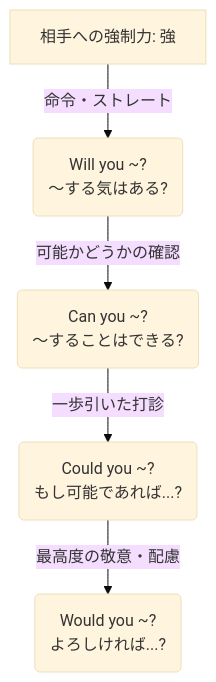
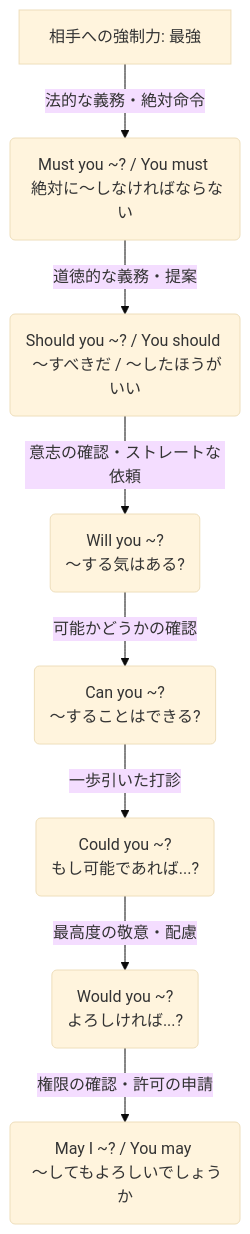
The diagram in grammar/summary_auxiliary.md (tkc310/learn-english), drawn with Mermaid (base theme) before and after one commit. The commit also changed other lines of this file, not shown here.

````diff
--- a/grammar/summary_auxiliary.md
+++ b/grammar/summary_auxiliary.md
@@ -11,7 +11,10 @@
 ```mermaid
 graph TD
-    A[相手への強制力: 強] -->|命令・ストレート| B(Will you ~? <br> 〜する気はある?)
-    B -->|可能かどうかの確認| C(Can you ~? <br> 〜することはできる?)
-    C -->|一歩引いた打診| D(Could you ~? <br> もし可能であれば...?)
-    D -->|最高度の敬意・配慮| E(Would you ~? <br> よろしければ...?)
+    A[相手への強制力: 最強] -->|法的な義務・絶対命令| B(Must you ~? / You must <br> 絶対に〜しなければならない)
+    B -->|道徳的な義務・提案| C(Should you ~? / You should <br> 〜すべきだ / 〜したほうがいい)
+    C -->|意志の確認・ストレートな依頼| D(Will you ~? <br> 〜する気はある?)
+    D -->|可能かどうかの確認| E(Can you ~? <br> 〜することはできる?)
+    E -->|一歩引いた打診| F(Could you ~? <br> もし可能であれば...?)
+    F -->|最高度の敬意・配慮| G(Would you ~? <br> よろしければ...?)
+    G -->|権限の確認・許可の申請| H(May I ~? / You may <br> 〜してもよろしいでしょうか)
 ```
````
